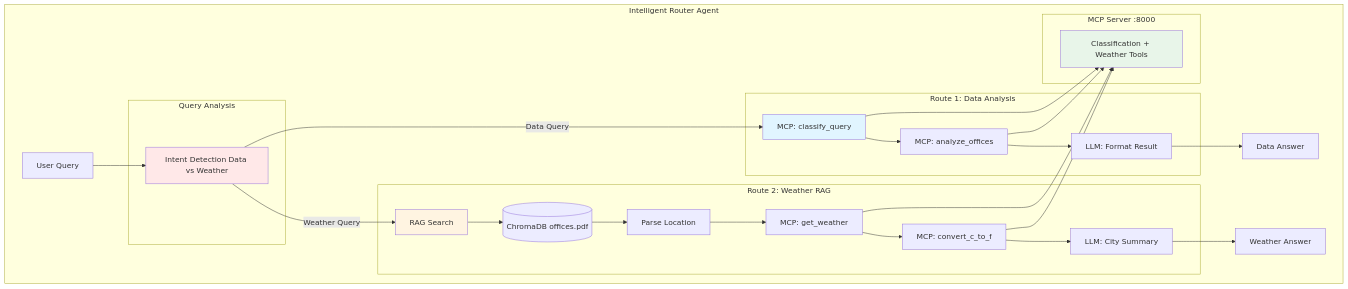
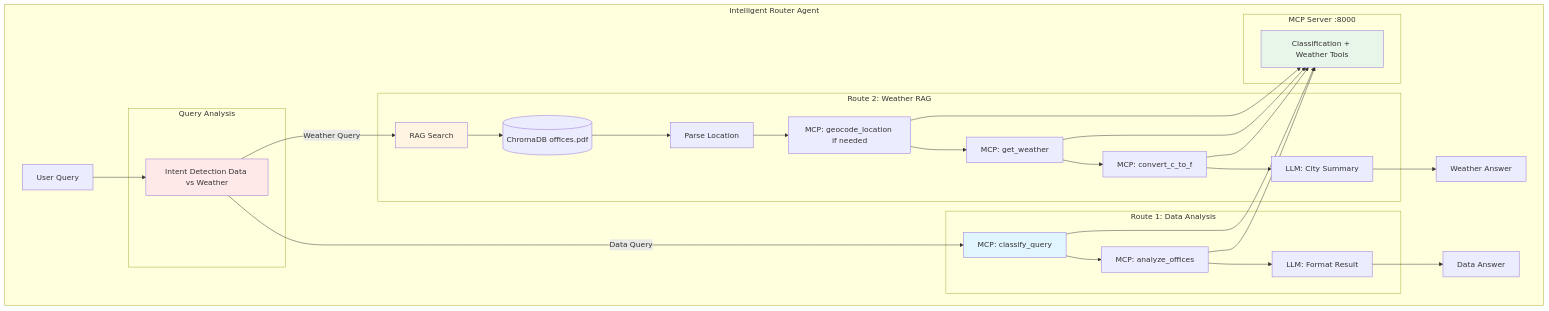
One commit to skillrepos/ai-3in1 changed the first of 7 diagrams in docs/architecture-lab7.md. Above: the diagram before and after it, drawn with Mermaid. The commit also changed other lines of this file and 2 other files, not shown here.

````diff
--- a/docs/architecture-lab7.md
+++ b/docs/architecture-lab7.md
@@ -8,54 +8,57 @@
 ```mermaid
 graph TB
     subgraph "Intelligent Router Agent"
         User[User Query]
 
         subgraph "Query Analysis"
             Detector[Intent Detection Data vs Weather]
         end
 
         subgraph "Route 1: Data Analysis"
             Class[MCP: classify_query]
             Analyze[MCP: analyze_offices]
             LLM1[LLM: Format Result]
         end
 
         subgraph "Route 2: Weather RAG"
             RAG[RAG Search]
             VDB[(ChromaDB offices.pdf)]
             Parse[Parse Location]
+            Geocode[MCP: geocode_location if needed]
             Weather[MCP: get_weather]
             Convert[MCP: convert_c_to_f]
             LLM2[LLM: City Summary]
         end
 
         subgraph "MCP Server :8000"
             MCPServer[Classification + Weather Tools]
         end
 
         User --> Detector
 
         Detector -->|Data Query| Class
         Class --> Analyze
         Analyze --> LLM1
         LLM1 --> Response1[Data Answer]
 
         Detector -->|Weather Query| RAG
         RAG --> VDB
         VDB --> Parse
-        Parse --> Weather
+        Parse --> Geocode
+        Geocode --> Weather
         Weather --> Convert
         Convert --> LLM2
         LLM2 --> Response2[Weather Answer]
 
         Class --> MCPServer
         Analyze --> MCPServer
+        Geocode --> MCPServer
         Weather --> MCPServer
         Convert --> MCPServer
     end
 
     style Detector fill:#ffe8e8
     style Class fill:#e1f5ff
     style RAG fill:#fff4e1
     style MCPServer fill:#e8f5e9
 ```
````
